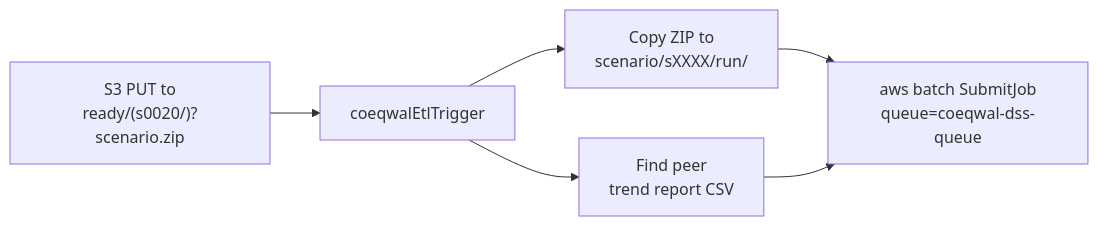
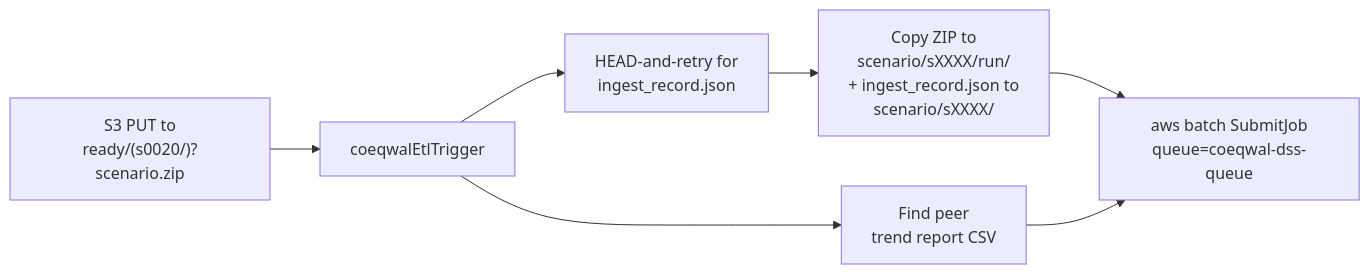
Before and after one commit to berkeley-gif/coeqwal-data-platform: the diagram in etl/lambda/README.md, drawn with Mermaid. The commit also changed other lines of this file and 40 other files, not shown here.

````diff
--- a/etl/lambda/README.md
+++ b/etl/lambda/README.md
@@ -16,13 +16,15 @@
 ```mermaid
 flowchart LR
   Put["S3 PUT to<br/>ready/(s0020/)?scenario.zip"]
   Lambda["coeqwalEtlTrigger"]
-  Move["Copy ZIP to<br/>scenario/sXXXX/run/"]
+  Wait["HEAD-and-retry for<br/>ingest_record.json"]
+  Move["Copy ZIP to<br/>scenario/sXXXX/run/<br/>+ ingest_record.json to<br/>scenario/sXXXX/"]
   FindCsv["Find peer<br/>trend report CSV"]
   Submit["aws batch SubmitJob<br/>queue=coeqwal-dss-queue"]
   Put --> Lambda
-  Lambda --> Move
+  Lambda --> Wait
+  Wait --> Move
   Lambda --> FindCsv
   Move --> Submit
   FindCsv --> Submit
 ```
````
